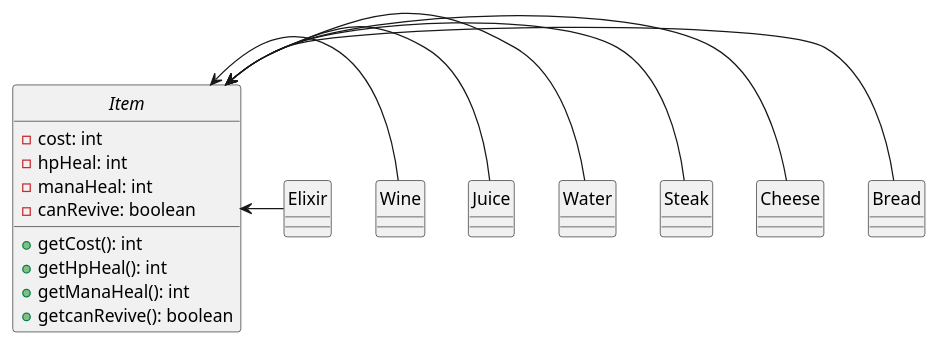
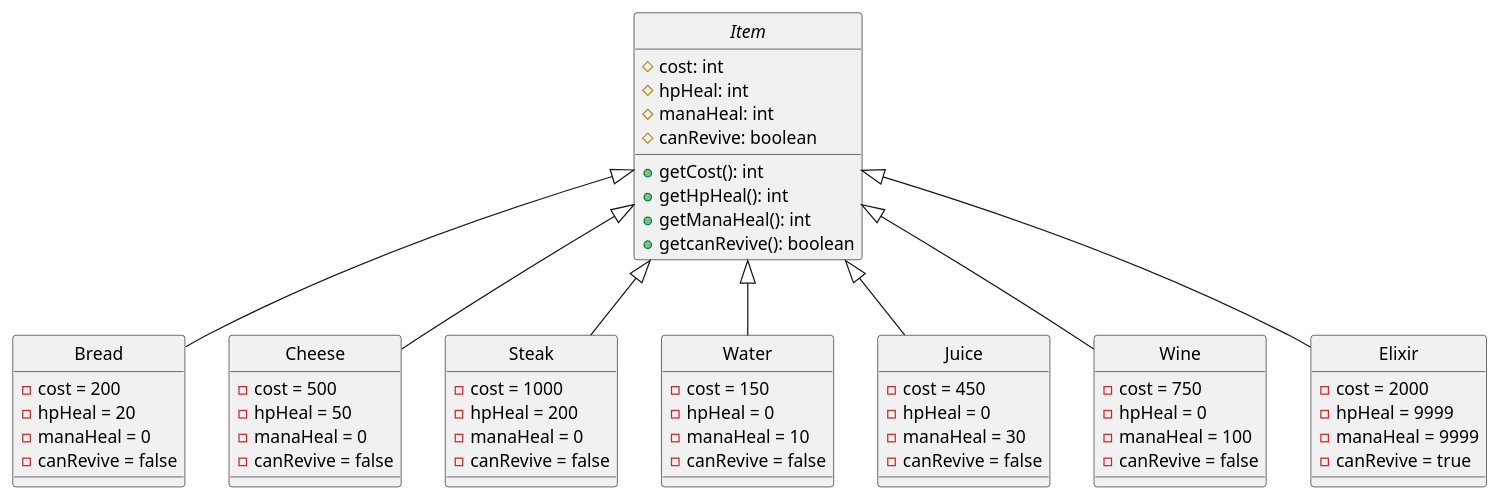
One commit to JosefG50/2203-Legends-of-Sword-and-Wand changed the diagram in rpg-legends/docs/uml/item.puml. Above: the diagram before and after it, drawn with PlantUML. The commit also changed 1 other file, not shown here.

```diff
--- a/rpg-legends/docs/uml/item.puml
+++ b/rpg-legends/docs/uml/item.puml
@@ -1,44 +1,74 @@
 @startuml Intereact with Inn
 skinparam Style strictuml
 skinparam SequenceMessageAlignment center
 
 abstract class Item{
-    - cost: int
-    - hpHeal: int
-    - manaHeal: int
-    - canRevive: boolean
+    # cost: int
+    # hpHeal: int
+    # manaHeal: int
+    # canRevive: boolean
     + getCost(): int
     + getHpHeal(): int
     + getManaHeal(): int
     + getcanRevive(): boolean
 }
 class Bread{
+    - cost = 200
+    - hpHeal = 20
+    - manaHeal = 0
+    - canRevive = false
 
 }
 class Cheese{
+    - cost = 500
+    - hpHeal = 50
+    - manaHeal = 0
+    - canRevive = false
     
 }
 class Steak{
+    - cost = 1000
+    - hpHeal = 200
+    - manaHeal = 0
+    - canRevive = false
     
 }
 class Water{
+    - cost = 150
+    - hpHeal = 0
+    - manaHeal = 10
+    - canRevive = false
     
 }
 class Juice{
+    - cost = 450
+    - hpHeal = 0
+    - manaHeal = 30
+    - canRevive = false
     
 }
 class Wine{
+    - cost = 750
+    - hpHeal = 0
+    - manaHeal = 100
+    - canRevive = false
     
 }
 class Elixir{
+    - cost = 2000
+    - hpHeal = 9999
+    - manaHeal = 9999
+    - canRevive = true
     
 }
 
-Item <- Bread
-Item <- Cheese
-Item <- Steak
-Item <- Water
-Item <- Juice
-Item <- Wine
-Item <- Elixir
+Item <|-- Bread
+Item <|-- Cheese
+Item <|-- Steak
+Item <|-- Water
+Item <|-- Juice
+Item <|-- Wine
+Item <|-- Elixir
+
+
 @enduml
```
